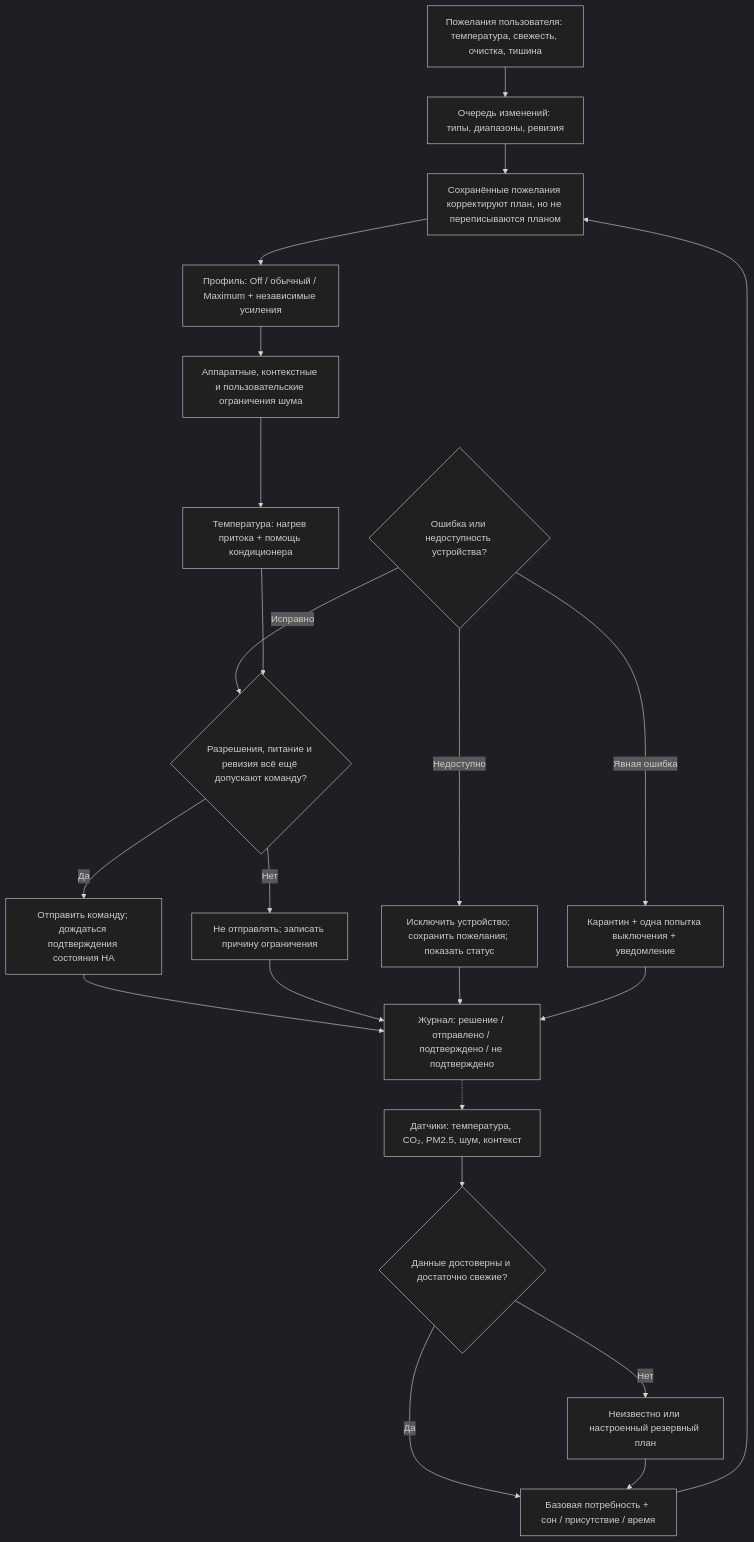
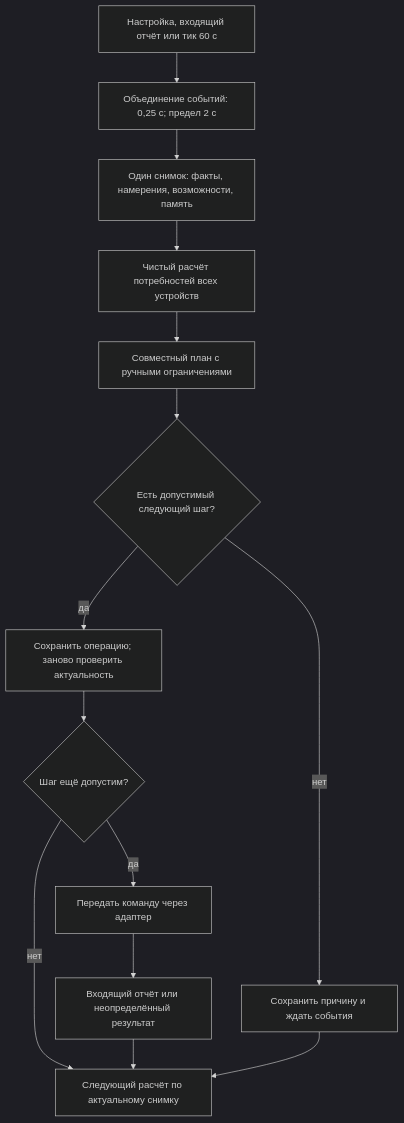
Before and after one commit to nd4y/ha-material3: the diagram in docs/diagrams/01-overview.mmd, drawn with Mermaid (dark theme). The commit also changed 32 other files, not shown here.

```diff
--- a/docs/diagrams/01-overview.mmd
+++ b/docs/diagrams/01-overview.mmd
@@ -1,22 +1,14 @@
 flowchart TD
- U["Пожелания пользователя: температура, свежесть, очистка, тишина"] --> Q["Очередь изменений: типы, диапазоны, ревизия"]
- S["Датчики: температура, CO₂, PM2.5, шум, контекст"] --> V{"Данные достоверны и достаточно свежие?"}
- V -->|Да| B["Базовая потребность + сон / присутствие / время"]
- V -->|Нет| F["Неизвестно или настроенный резервный план"]
- F --> B
- Q --> P["Сохранённые пожелания корректируют план, но не переписываются планом"]
- B --> P
- P --> M["Профиль: Off / обычный / Maximum + независимые усиления"]
- M --> L["Аппаратные, контекстные и пользовательские ограничения шума"]
- L --> T["Температура: нагрев притока + помощь кондиционера"]
- H{"Ошибка или недоступность устройства?"} -->|Недоступно| X["Исключить устройство; сохранить пожелания; показать статус"]
- H -->|Явная ошибка| E["Карантин + одна попытка выключения + уведомление"]
- H -->|Исправно| G
- T --> G{"Разрешения, питание и ревизия всё ещё допускают команду?"}
- G -->|Нет| N["Не отправлять; записать причину ограничения"]
- G -->|Да| C["Отправить команду; дождаться подтверждения состояния HA"]
- C --> J["Журнал: решение / отправлено / подтверждено / не подтверждено"]
- N --> J
- X --> J
- E --> J
- J -.-> S
+  E["Настройка, входящий отчёт или тик 60 с"] --> Q["Объединение событий: 0,25 с; предел 2 с"]
+  Q --> S["Один снимок: факты, намерения, возможности, память"]
+  S --> P["Чистый расчёт потребностей всех устройств"]
+  P --> J["Совместный план с ручными ограничениями"]
+  J --> G{"Есть допустимый следующий шаг?"}
+  G -- "нет" --> W["Сохранить причину и ждать события"]
+  G -- "да" --> V["Сохранить операцию; заново проверить актуальность"]
+  V --> A{"Шаг ещё допустим?"}
+  A -- "нет" --> N["Следующий расчёт по актуальному снимку"]
+  A -- "да" --> X["Передать команду через адаптер"]
+  X --> R["Входящий отчёт или неопределённый результат"]
+  R --> N
+  W --> N
```
